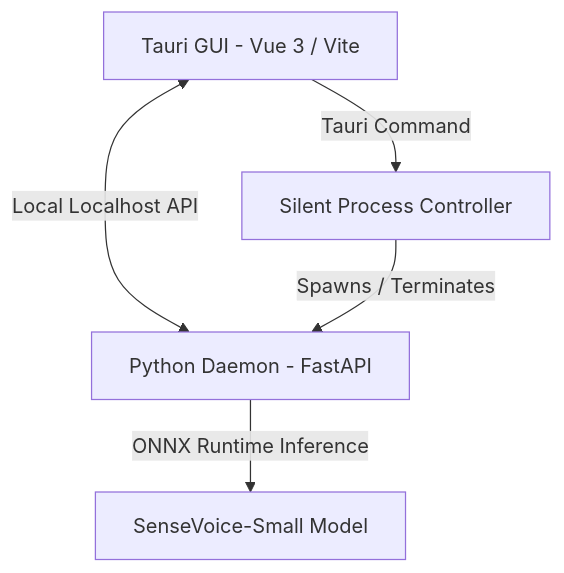
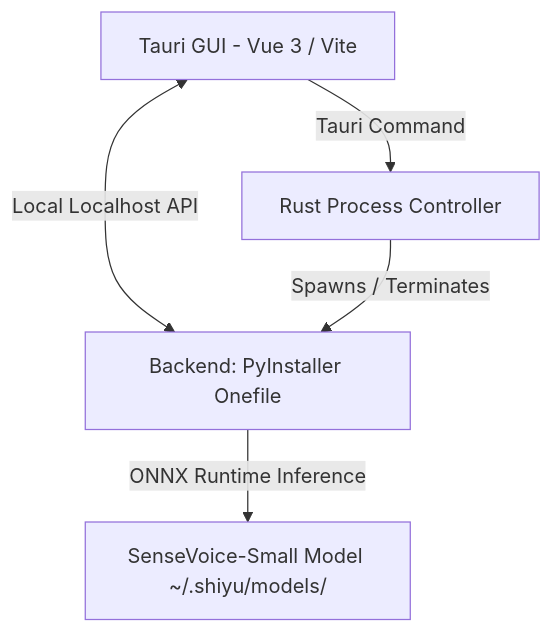
Before and after one commit to JochenYang/shiyu: the diagram in README.md, drawn with Mermaid. The commit also changed other lines of this file and 1 other file, not shown here.

Commit message:
docs: update README for v1.1.0 (PyInstaller, auto-download, CI)

````diff
--- a/README.md
+++ b/README.md
@@ -41,7 +41,7 @@
 ```mermaid
 graph TD
-    A[Tauri GUI - Vue 3 / Vite] <-->|Local Localhost API| B[Python Daemon - FastAPI]
-    B -->|ONNX Runtime Inference| C[SenseVoice-Small Model]
-    A -->|Tauri Command| D[Silent Process Controller]
+    A[Tauri GUI - Vue 3 / Vite] <-->|Local Localhost API| B[Backend: PyInstaller Onefile]
+    B -->|ONNX Runtime Inference| C[SenseVoice-Small Model ~/.shiyu/models/]
+    A -->|Tauri Command| D[Rust Process Controller]
     D -->|Spawns / Terminates| B
 ```
````
